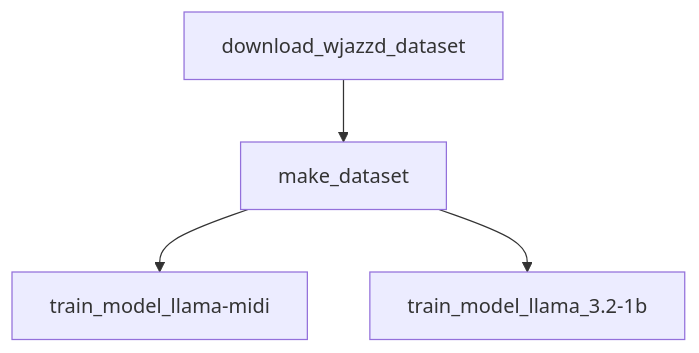
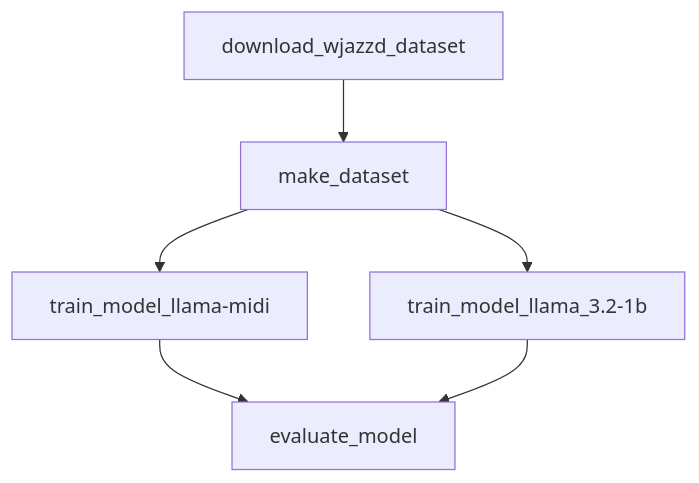
The first of 2 diagrams in PIPELINE.md (u-masao/melody-flow), drawn with Mermaid before and after one commit. The commit also changed other lines of this file, not shown here.

Commit message:
update pipeline

````diff
--- a/PIPELINE.md
+++ b/PIPELINE.md
@@ -5,10 +5,13 @@
 ```mermaid
 flowchart TD
 	node1["download_wjazzd_dataset"]
-	node2["make_dataset"]
-	node3["train_model_llama-midi"]
-	node4["train_model_llama_3.2-1b"]
-	node1-->node2
-	node2-->node3
-	node2-->node4
+	node2["evaluate_model"]
+	node3["make_dataset"]
+	node4["train_model_llama-midi"]
+	node5["train_model_llama_3.2-1b"]
+	node1-->node3
+	node3-->node4
+	node3-->node5
+	node4-->node2
+	node5-->node2
 ```
````
